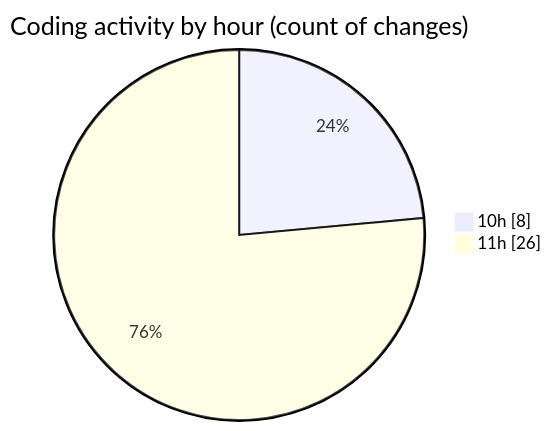
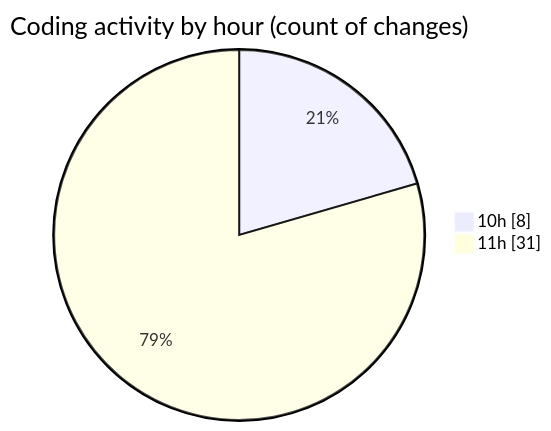
The second of 2 diagrams in 2025-05-16/python_app_deploy/README.md (CELIANVF/code-tracking), drawn with Mermaid before and after one commit. The commit also changed other lines of this file and 1 other file, not shown here.

````diff
--- a/2025-05-16/python_app_deploy/README.md
+++ b/2025-05-16/python_app_deploy/README.md
@@ -36,6 +38,6 @@
 ```mermaid
 pie showData
 title Coding activity by hour (count of changes)
 "10h" : 8
-"11h" : 26
+"11h" : 31
 ```
````
